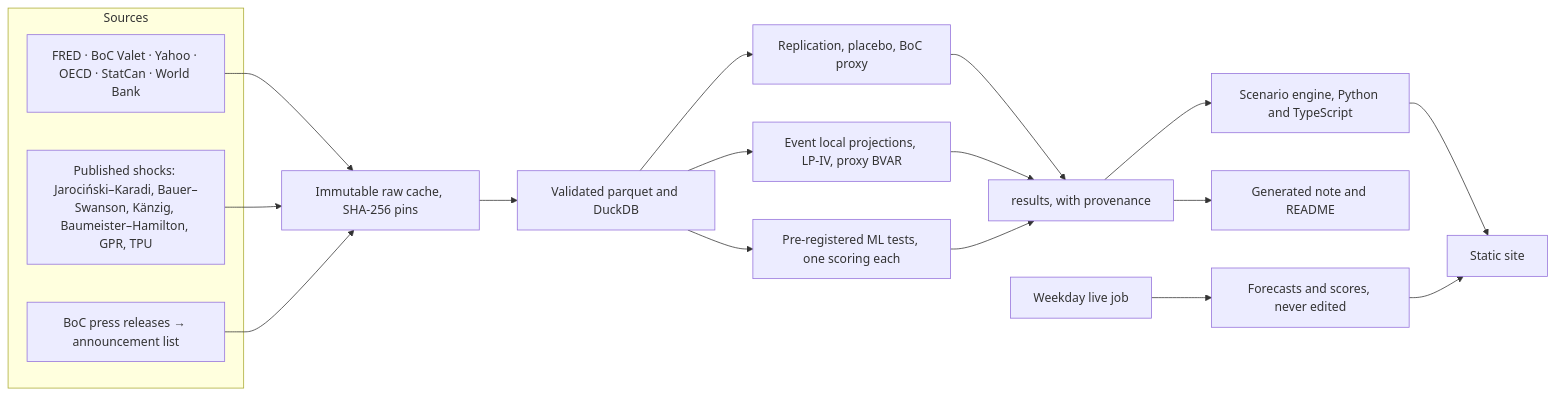
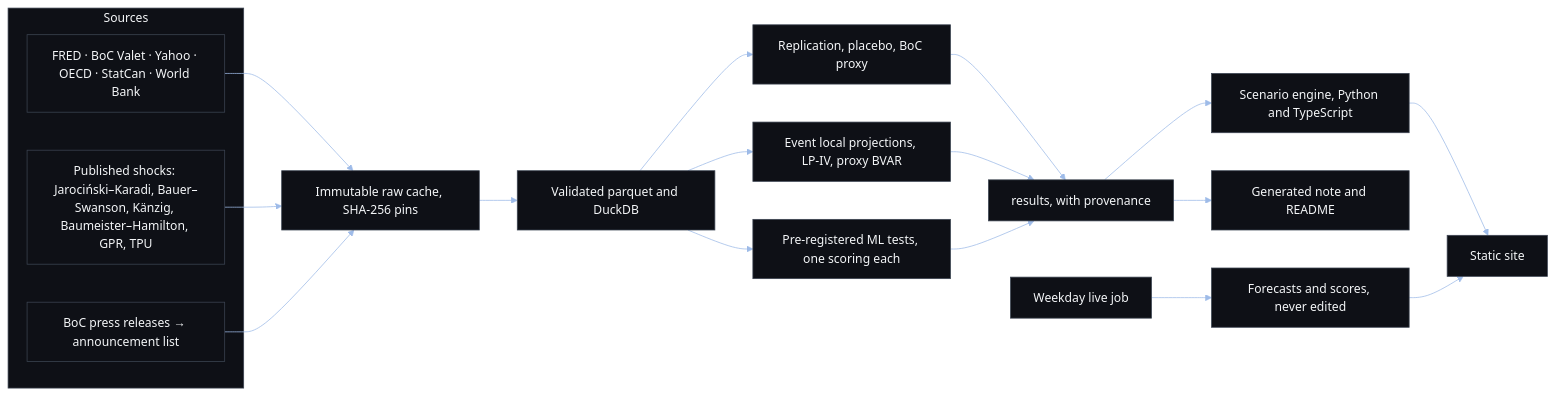
One commit to shmorsi/world-shock-lab changed the diagram in README.md. Above: the diagram before and after it, drawn with Mermaid. The commit also changed 7 other files, not shown here.

````diff
--- a/README.md
+++ b/README.md
@@ -37,23 +37,24 @@
 ```mermaid
+%%{init: {"theme": "base", "themeVariables": {"darkMode": true, "background": "#07080c", "primaryColor": "#0e1016", "primaryTextColor": "#f4f6f8", "primaryBorderColor": "#3c4452", "lineColor": "#9ebbe8", "secondaryColor": "#141820", "tertiaryColor": "#141820", "clusterBkg": "#0e1016", "clusterBorder": "#3c4452", "titleColor": "#f4f6f8", "edgeLabelBackground": "#07080c", "fontFamily": "Inter, Helvetica Neue, Arial, sans-serif"}}}%%
 flowchart LR
   subgraph S[Sources]
     A["FRED · BoC Valet · Yahoo · OECD · StatCan · World Bank"]
     B["Published shocks: Jarociński–Karadi, Bauer–Swanson, Känzig, Baumeister–Hamilton, GPR, TPU"]
     C["BoC press releases → announcement list"]
   end
   A --> D["Immutable raw cache, SHA-256 pins"]
   B --> D
   C --> D
   D --> E["Validated parquet and DuckDB"]
   E --> F["Replication, placebo, BoC proxy"]
   E --> G["Event local projections, LP-IV, proxy BVAR"]
   E --> H["Pre-registered ML tests, one scoring each"]
   F --> I["results, with provenance"]
   G --> I
   H --> I
   I --> J["Scenario engine, Python and TypeScript"]
   J --> K["Static site"]
   I --> L["Generated note and README"]
   M["Weekday live job"] --> N["Forecasts and scores, never edited"]
   N --> K
 ```
````
